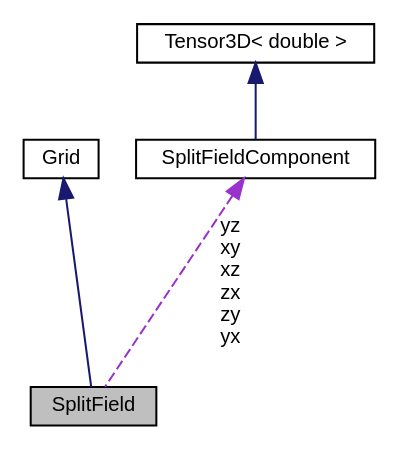
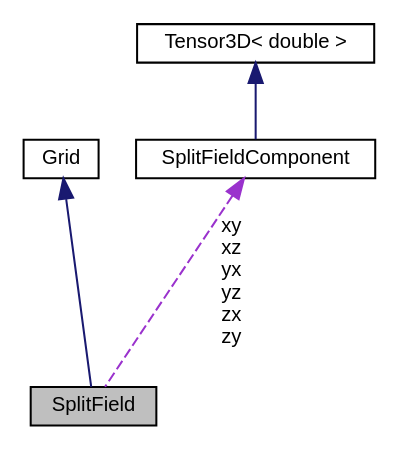
The diagram in classSplitField__coll__graph.dot (UCL/TDMS), drawn with Graphviz before and after one commit. The commit also changed 324 other files, not shown here.

```diff
--- a/classSplitField__coll__graph.dot
+++ b/classSplitField__coll__graph.dot
@@ -1,13 +1,13 @@
 digraph "SplitField"
 {
  // LATEX_PDF_SIZE
   edge [fontname="Helvetica",fontsize="10",labelfontname="Helvetica",labelfontsize="10"];
   node [fontname="Helvetica",fontsize="10",shape=record];
   Node1 [label="SplitField",height=0.2,width=0.4,color="black", fillcolor="grey75", style="filled", fontcolor="black",tooltip=" "];
   Node2 -> Node1 [dir="back",color="midnightblue",fontsize="10",style="solid",fontname="Helvetica"];
   Node2 [label="Grid",height=0.2,width=0.4,color="black", fillcolor="white", style="filled",URL="$classGrid.html",tooltip=" "];
-  Node3 -> Node1 [dir="back",color="darkorchid3",fontsize="10",style="dashed",label=" yz\nxy\nxz\nzx\nzy\nyx" ,fontname="Helvetica"];
+  Node3 -> Node1 [dir="back",color="darkorchid3",fontsize="10",style="dashed",label=" xy\nxz\nyx\nyz\nzx\nzy" ,fontname="Helvetica"];
   Node3 [label="SplitFieldComponent",height=0.2,width=0.4,color="black", fillcolor="white", style="filled",URL="$classSplitFieldComponent.html",tooltip=" "];
   Node4 -> Node3 [dir="back",color="midnightblue",fontsize="10",style="solid",fontname="Helvetica"];
   Node4 [label="Tensor3D\< double \>",height=0.2,width=0.4,color="black", fillcolor="white", style="filled",URL="$classTensor3D.html",tooltip=" "];
 }
```
